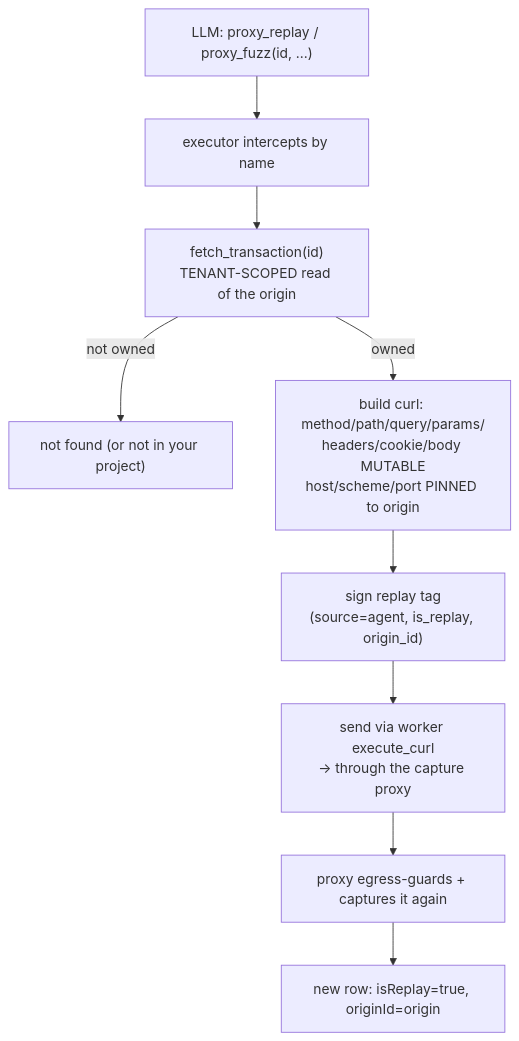
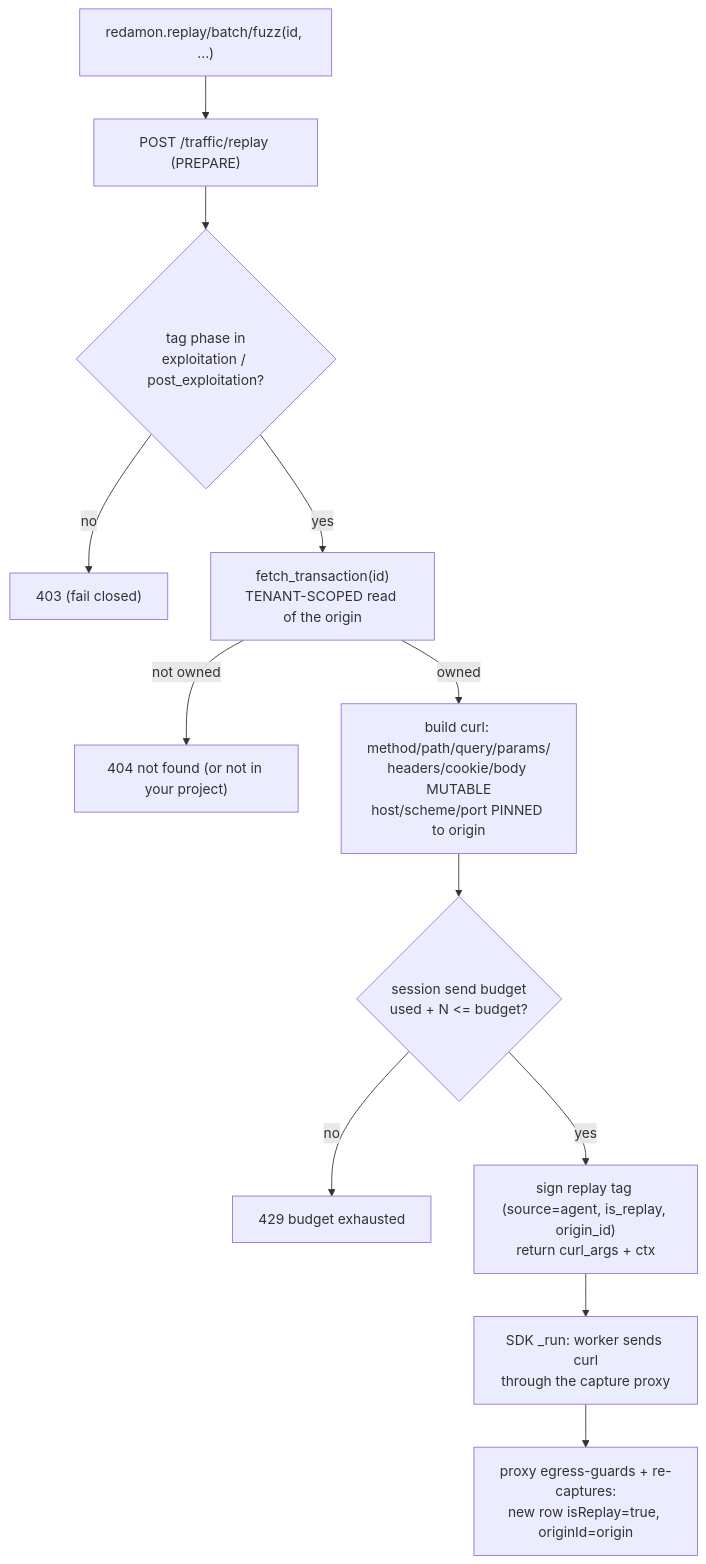
The tenth of 11 diagrams in docs/readmes/README.TRAFFIC.md (L4stPL4Y3R/redamon), drawn with Mermaid before and after one commit. The commit also changed other lines of this file and 5 other files, not shown here.

````diff
--- a/docs/readmes/README.TRAFFIC.md
+++ b/docs/readmes/README.TRAFFIC.md
@@ -888,11 +940,14 @@
 ```mermaid
 flowchart TD
-    LLM["LLM: proxy_replay / proxy_fuzz(id, ...)"] --> INT["executor intercepts by name"]
-    INT --> ORI["fetch_transaction(id)<br/>TENANT-SCOPED read of the origin"]
-    ORI -->|not owned| STOP["not found (or not in your project)"]
+    SDK["redamon.replay/batch/fuzz(id, ...)"] --> PREP["POST /traffic/replay (PREPARE)"]
+    PREP --> PHASE{"tag phase in<br/>exploitation / post_exploitation?"}
+    PHASE -->|no| B403["403 (fail closed)"]
+    PHASE -->|yes| ORI["fetch_transaction(id)<br/>TENANT-SCOPED read of the origin"]
+    ORI -->|not owned| B404["404 not found (or not in your project)"]
     ORI -->|owned| BUILD["build curl: method/path/query/params/<br/>headers/cookie/body MUTABLE<br/>host/scheme/port PINNED to origin"]
-    BUILD --> TAG["sign replay tag<br/>(source=agent, is_replay, origin_id)"]
-    TAG --> SEND["send via worker execute_curl<br/>-> through the capture proxy"]
-    SEND --> PROXY["proxy egress-guards + captures it again"]
-    PROXY --> ROW["new row: isReplay=true, originId=origin"]
+    BUILD --> BUD{"session send budget<br/>used + N <= budget?"}
+    BUD -->|no| B429["429 budget exhausted"]
+    BUD -->|yes| TAG["sign replay tag (source=agent, is_replay, origin_id)<br/>return curl_args + ctx"]
+    TAG --> RUN["SDK _run: worker sends curl<br/>through the capture proxy"]
+    RUN --> ROW["proxy egress-guards + re-captures:<br/>new row isReplay=true, originId=origin"]
 ```
````
